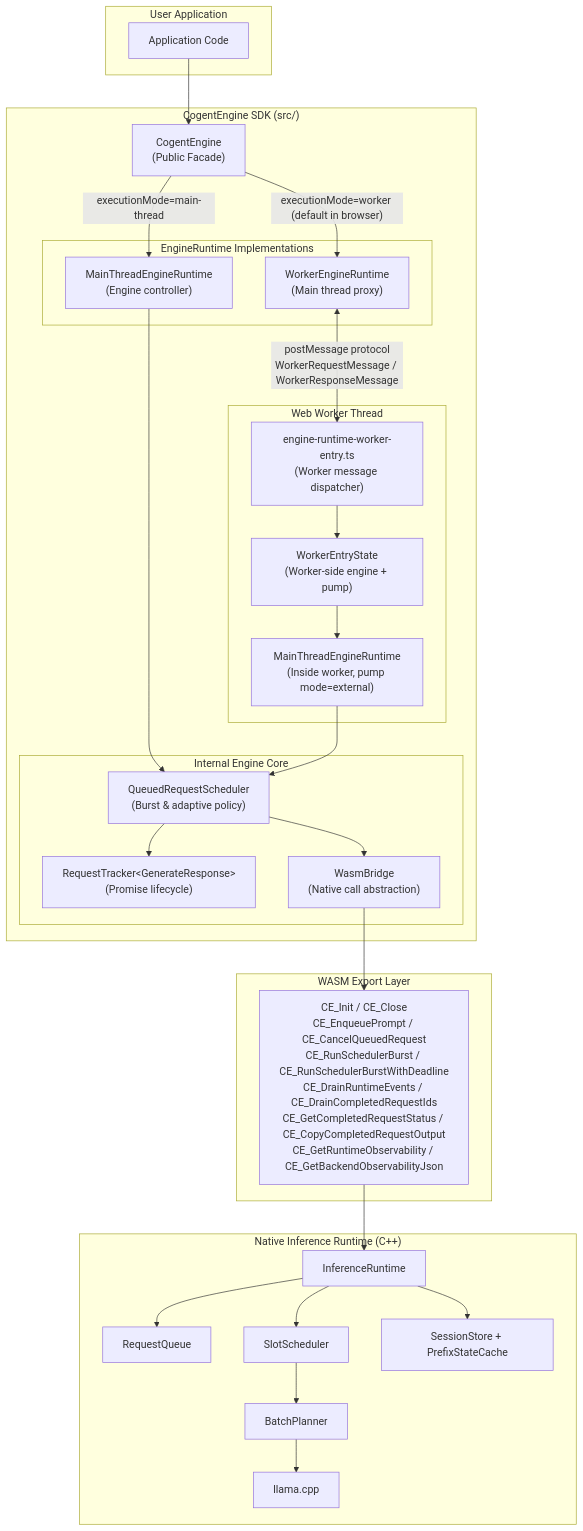
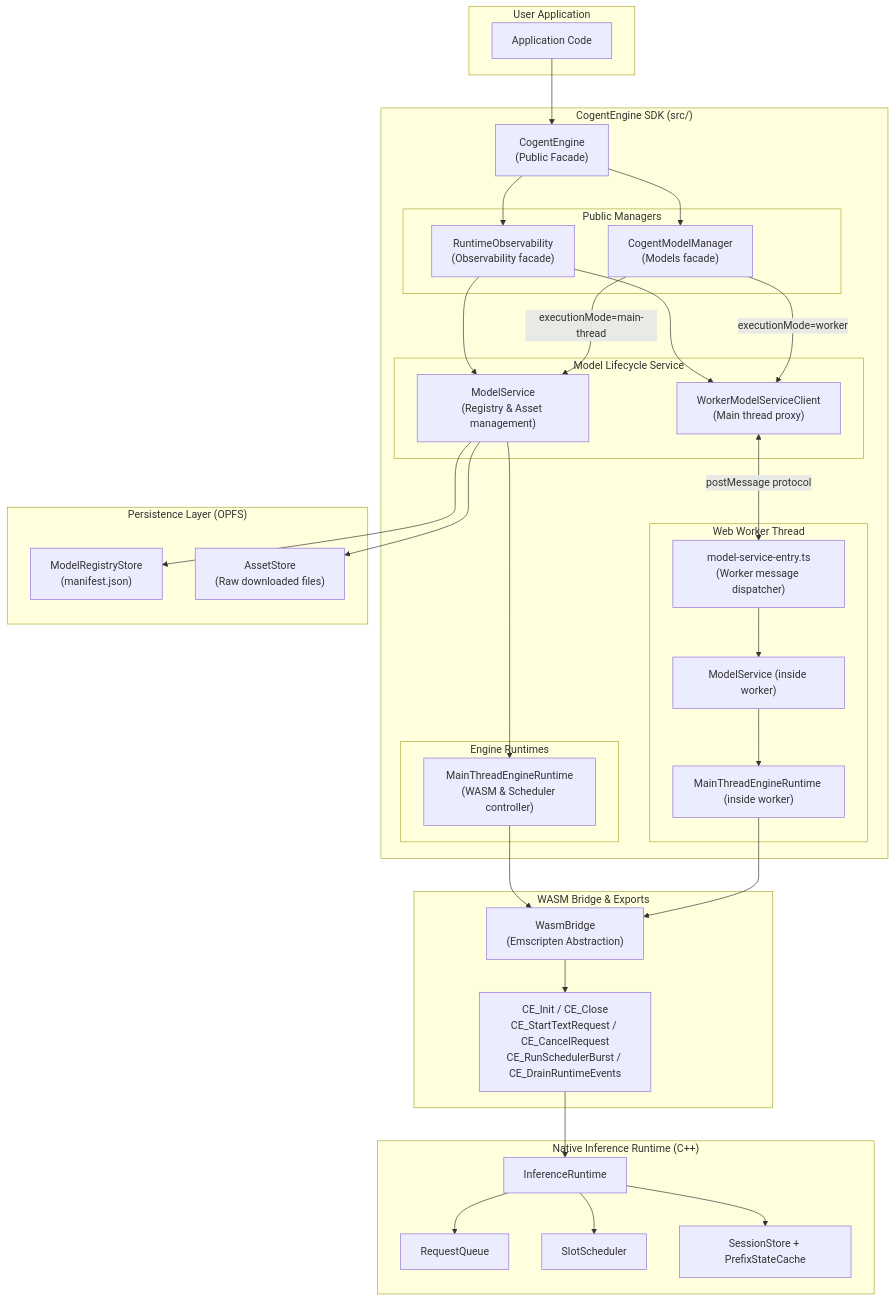
One commit to noumena-labs/Sipp changed the first of 6 diagrams in packages/cogent-engine/docs/inference_system_design.md. Above: the diagram before and after it, drawn with Mermaid. The commit also changed other lines of this file and 4 other files, not shown here.

````diff
--- a/packages/cogent-engine/docs/inference_system_design.md
+++ b/packages/cogent-engine/docs/inference_system_design.md
@@ -13,62 +13,72 @@
 ```mermaid
 graph TD
     subgraph UserSpace ["User Application"]
         App["Application Code"]
     end
 
     subgraph SDK ["CogentEngine SDK (src/)"]
         CE["CogentEngine<br/>(Public Facade)"]
-
-        subgraph Runtimes ["EngineRuntime Implementations"]
-            WorkerRT["WorkerEngineRuntime<br/>(Main thread proxy)"]
-            MainRT["MainThreadEngineRuntime<br/>(Engine controller)"]
+        
+        subgraph Managers ["Public Managers"]
+            MM["CogentModelManager<br/>(Models facade)"]
+            OM["RuntimeObservability<br/>(Observability facade)"]
         end
 
-        subgraph InternalCore ["Internal Engine Core"]
-            Scheduler["QueuedRequestScheduler<br/>(Burst & adaptive policy)"]
-            Tracker["RequestTracker&lt;GenerateResponse&gt;<br/>(Promise lifecycle)"]
-            Bridge["WasmBridge<br/>(Native call abstraction)"]
+        subgraph ServiceLayer ["Model Lifecycle Service"]
+            WorkerClient["WorkerModelServiceClient<br/>(Main thread proxy)"]
+            Service["ModelService<br/>(Registry & Asset management)"]
+        end
+
+        subgraph CoreRuntimes ["Engine Runtimes"]
+            MainRT["MainThreadEngineRuntime<br/>(WASM & Scheduler controller)"]
         end
 
         subgraph WorkerThread ["Web Worker Thread"]
-            Entry["engine-runtime-worker-entry.ts<br/>(Worker message dispatcher)"]
-            EntryState["WorkerEntryState<br/>(Worker-side engine + pump)"]
-            InnerMain["MainThreadEngineRuntime<br/>(Inside worker, pump mode=external)"]
+            Entry["model-service-entry.ts<br/>(Worker message dispatcher)"]
+            WorkerService["ModelService (inside worker)"]
+            InnerMain["MainThreadEngineRuntime (inside worker)"]
         end
     end
 
-    subgraph WASM ["WASM Export Layer"]
-        WasmExports["CE_Init / CE_Close<br/>CE_EnqueuePrompt / CE_CancelQueuedRequest<br/>CE_RunSchedulerBurst / CE_RunSchedulerBurstWithDeadline<br/>CE_DrainRuntimeEvents / CE_DrainCompletedRequestIds<br/>CE_GetCompletedRequestStatus / CE_CopyCompletedRequestOutput<br/>CE_GetRuntimeObservability / CE_GetBackendObservabilityJson"]
+    subgraph Persistence ["Persistence Layer (OPFS)"]
+        Registry["ModelRegistryStore<br/>(manifest.json)"]
+        Assets["AssetStore<br/>(Raw downloaded files)"]
+    end
+
+    subgraph NativeBridge ["WASM Bridge & Exports"]
+        Bridge["WasmBridge<br/>(Emscripten Abstraction)"]
+        WasmExports["CE_Init / CE_Close<br/>CE_StartTextRequest / CE_CancelRequest<br/>CE_RunSchedulerBurst / CE_DrainRuntimeEvents"]
     end
 
     subgraph Native ["Native Inference Runtime (C++)"]
         IR["InferenceRuntime"]
         RQ["RequestQueue"]
         SlotSched["SlotScheduler"]
-        Batch["BatchPlanner"]
         Session["SessionStore + PrefixStateCache"]
-        Llama["llama.cpp"]
     end
 
     App --> CE
-    CE -->|"executionMode=worker (default in browser)"| WorkerRT
-    CE -->|"executionMode=main-thread"| MainRT
+    CE --> MM
+    CE --> OM
+    MM --> |executionMode=worker| WorkerClient
+    MM --> |executionMode=main-thread| Service
+    OM --> WorkerClient
+    OM --> Service
 
-    WorkerRT <-->|"postMessage protocol<br/>WorkerRequestMessage / WorkerResponseMessage"| Entry
-    Entry --> EntryState
-    EntryState --> InnerMain
+    WorkerClient <--> |"postMessage protocol"| Entry
+    Entry --> WorkerService
+    WorkerService --> InnerMain
+    
+    Service --> Registry
+    Service --> Assets
+    Service --> MainRT
 
-    MainRT --> Scheduler
-    InnerMain --> Scheduler
-
-    Scheduler --> Tracker
-    Scheduler --> Bridge
+    InnerMain --> Bridge
+    MainRT --> Bridge
     Bridge --> WasmExports
 
     WasmExports --> IR
     IR --> RQ
     IR --> SlotSched
     IR --> Session
-    SlotSched --> Batch
-    Batch --> Llama
 ```
````
